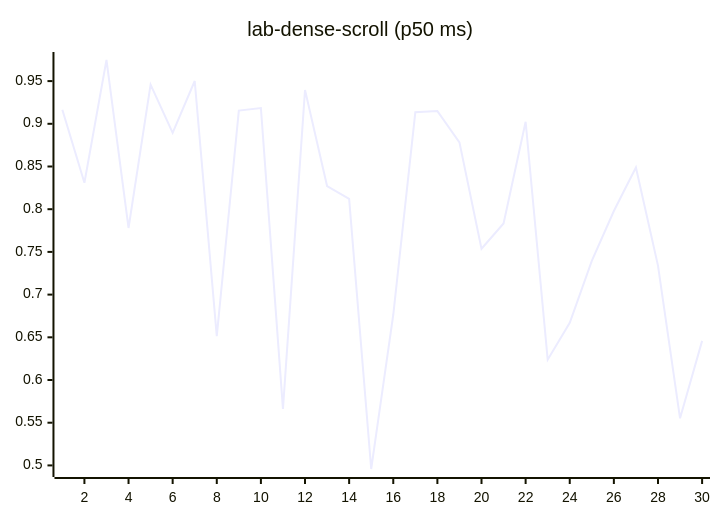
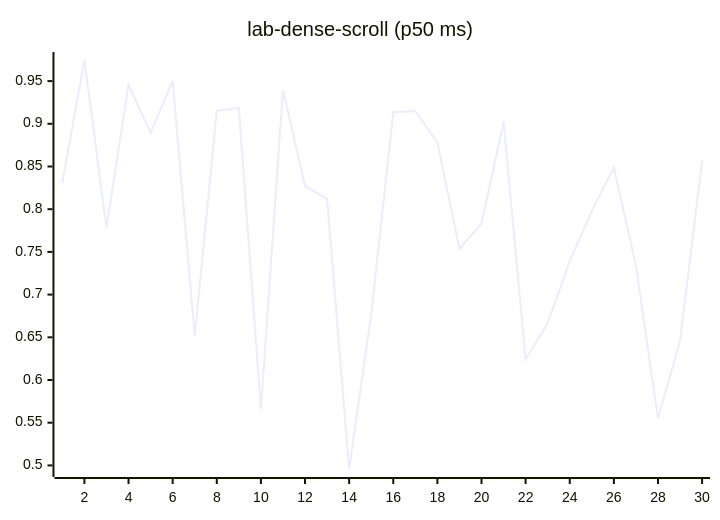
Diagram 12 of 27 in README.md (josha/Facet), drawn with Mermaid before and after one commit. The commit also changed other lines of this file and 2 other files, not shown here.

````diff
--- a/README.md
+++ b/README.md
@@ -140,6 +140,6 @@
 ```mermaid
 xychart-beta
     title "lab-dense-scroll (p50 ms)"
     x-axis 1 --> 30
-    line [0.9164, 0.8310, 0.9747, 0.7780, 0.9459, 0.8894, 0.9501, 0.6514, 0.9155, 0.9185, 0.5661, 0.9396, 0.8271, 0.8121, 0.4958, 0.6764, 0.9135, 0.9149, 0.8783, 0.7537, 0.7833, 0.9024, 0.6238, 0.6669, 0.7395, 0.7979, 0.8489, 0.7339, 0.5552, 0.6458]
+    line [0.8310, 0.9747, 0.7780, 0.9459, 0.8894, 0.9501, 0.6514, 0.9155, 0.9185, 0.5661, 0.9396, 0.8271, 0.8121, 0.4958, 0.6764, 0.9135, 0.9149, 0.8783, 0.7537, 0.7833, 0.9024, 0.6238, 0.6669, 0.7395, 0.7979, 0.8489, 0.7339, 0.5552, 0.6458, 0.8568]
 ```
````
